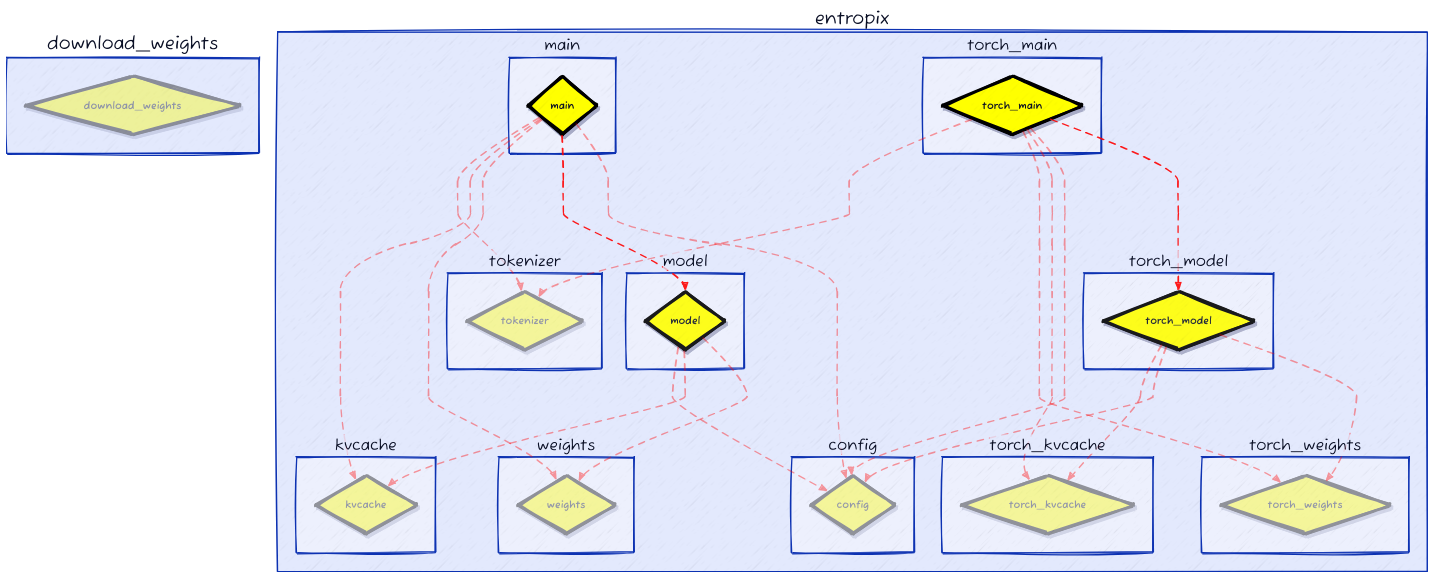
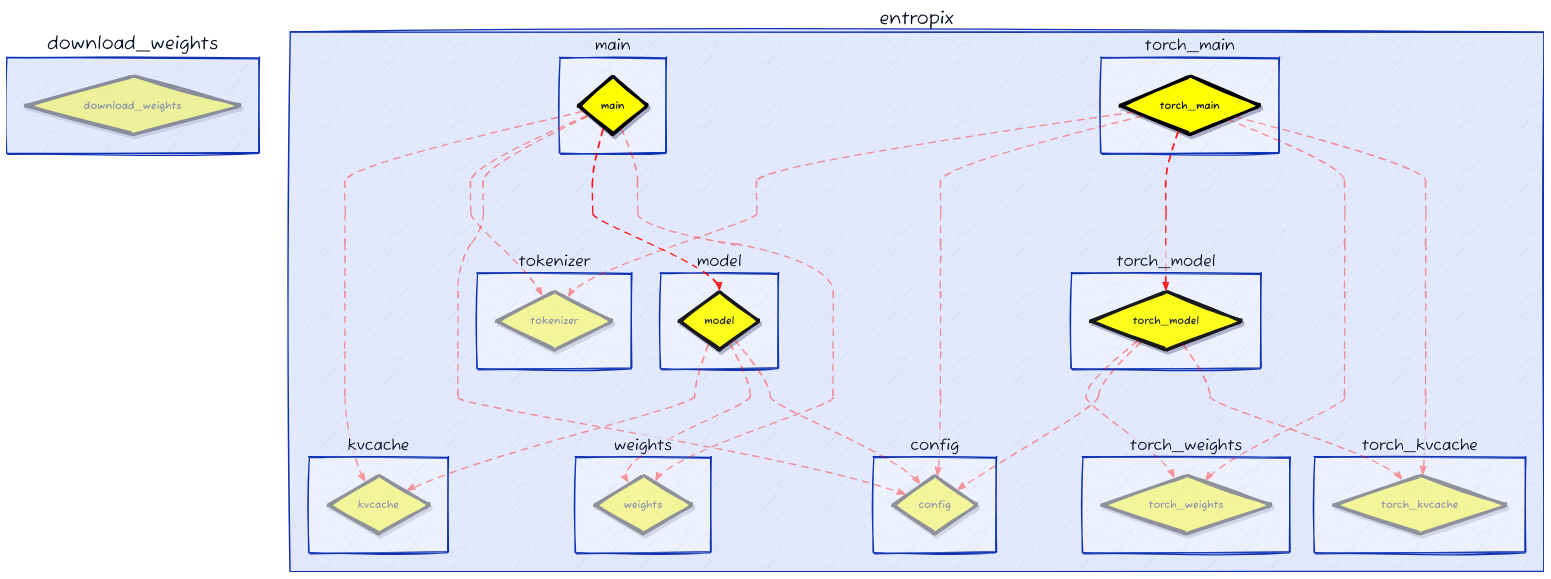
Before and after one commit to fangyuan-ksgk/heuristic-search: the diagram in eoh/d2_output/commit_0_progress_0.67.d2, drawn with D2. The commit also changed other lines of this file and 204 other files, not shown here.

```diff
--- a/eoh/d2_output/commit_0_progress_0.67.d2
+++ b/eoh/d2_output/commit_0_progress_0.67.d2
@@ -145,20 +145,6 @@
     shadow: true
   }
 }
-entropix.main.main -> entropix.tokenizer.tokenizer: {
-  style.stroke: red
-  style.opacity: 0.39
-  style.stroke-width: 2
-  style.stroke-dash: 5
-  style.animated: true
-}
-entropix.main.main -> entropix.kvcache.kvcache: {
-  style.stroke: red
-  style.opacity: 0.39
-  style.stroke-width: 2
-  style.stroke-dash: 5
-  style.animated: true
-}
 entropix.main.main -> entropix.weights.weights: {
   style.stroke: red
   style.opacity: 0.39
@@ -180,7 +166,28 @@
   style.stroke-dash: 5
   style.animated: true
 }
+entropix.main.main -> entropix.tokenizer.tokenizer: {
+  style.stroke: red
+  style.opacity: 0.39
+  style.stroke-width: 2
+  style.stroke-dash: 5
+  style.animated: true
+}
+entropix.main.main -> entropix.kvcache.kvcache: {
+  style.stroke: red
+  style.opacity: 0.39
+  style.stroke-width: 2
+  style.stroke-dash: 5
+  style.animated: true
+}
 entropix.model.model -> entropix.config.config: {
+  style.stroke: red
+  style.opacity: 0.39
+  style.stroke-width: 2
+  style.stroke-dash: 5
+  style.animated: true
+}
+entropix.model.model -> entropix.weights.weights: {
   style.stroke: red
   style.opacity: 0.39
   style.stroke-width: 2
@@ -194,14 +201,7 @@
   style.stroke-dash: 5
   style.animated: true
 }
-entropix.model.model -> entropix.weights.weights: {
-  style.stroke: red
-  style.opacity: 0.39
-  style.stroke-width: 2
-  style.stroke-dash: 5
-  style.animated: true
-}
-entropix.torch_main.torch_main -> entropix.tokenizer.tokenizer: {
+entropix.torch_main.torch_main -> entropix.torch_kvcache.torch_kvcache: {
   style.stroke: red
   style.opacity: 0.39
   style.stroke-width: 2
@@ -215,9 +215,9 @@
   style.stroke-dash: 5
   style.animated: true
 }
-entropix.torch_main.torch_main -> entropix.torch_kvcache.torch_kvcache: {
+entropix.torch_main.torch_main -> entropix.torch_model.torch_model: {
   style.stroke: red
-  style.opacity: 0.39
+  style.opacity: 0.89
   style.stroke-width: 2
   style.stroke-dash: 5
   style.animated: true
@@ -229,9 +229,9 @@
   style.stroke-dash: 5
   style.animated: true
 }
-entropix.torch_main.torch_main -> entropix.torch_model.torch_model: {
+entropix.torch_main.torch_main -> entropix.tokenizer.tokenizer: {
   style.stroke: red
-  style.opacity: 0.89
+  style.opacity: 0.39
   style.stroke-width: 2
   style.stroke-dash: 5
   style.animated: true
```
